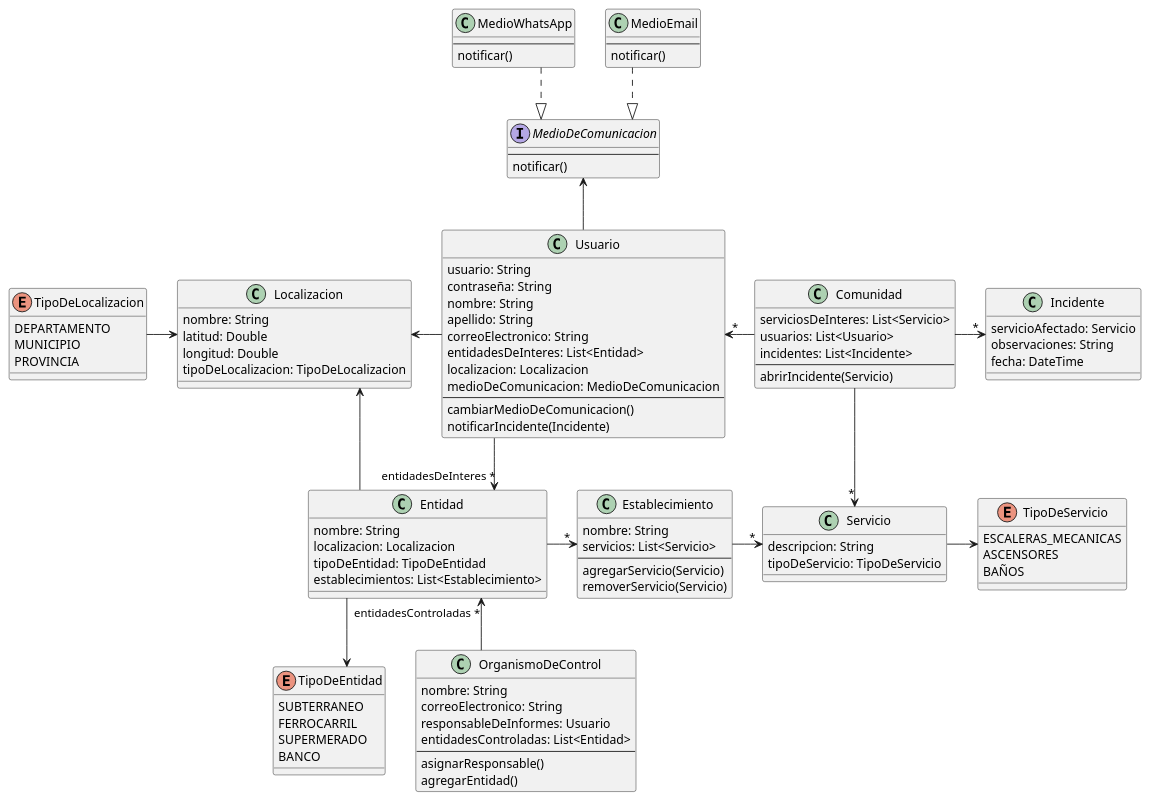
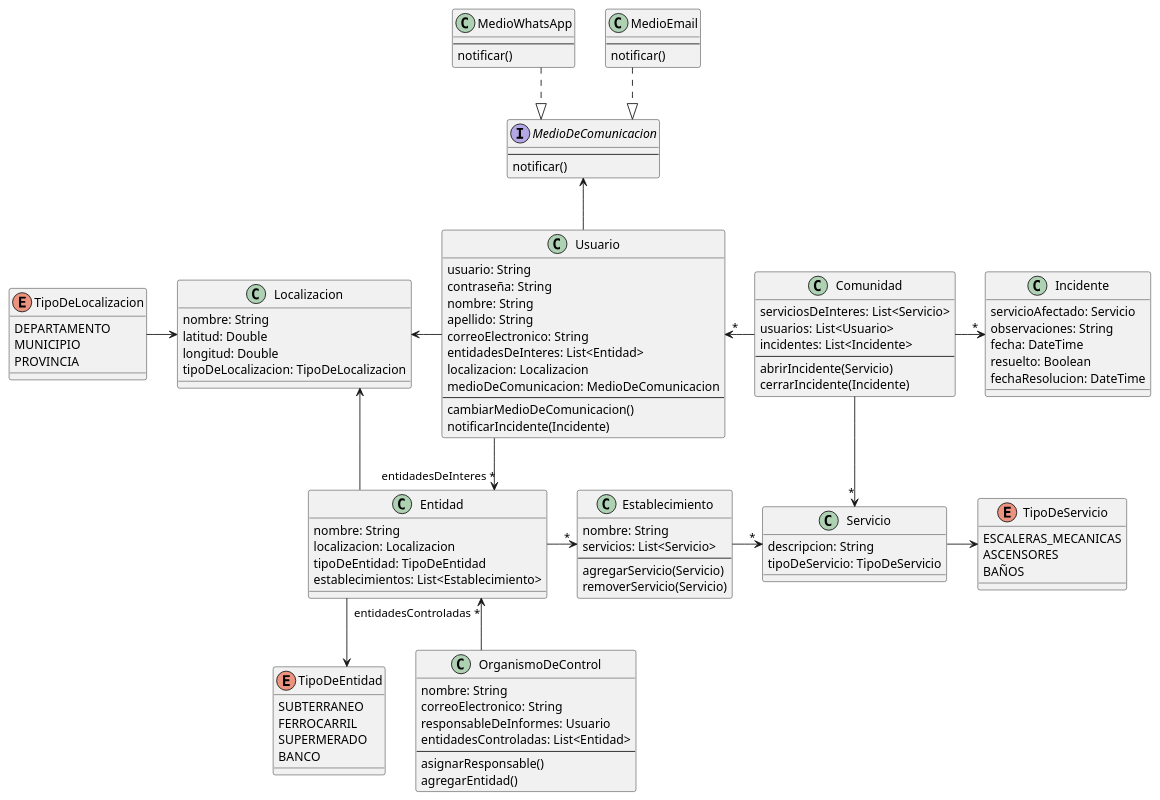
Before and after one commit to ValenAquino/tp-dds-2023: the diagram in docs/entrega-3/clases_mm.puml, drawn with PlantUML.

Commit message:
docs(clases_mm): cerrar incidente

```diff
--- a/docs/entrega-3/clases_mm.puml
+++ b/docs/entrega-3/clases_mm.puml
@@ -1,130 +1,139 @@
 @startuml TPA3-Clases
 skinparam linetype ortho
 
 ' Supermercado, Centro Comunal, Banco, ...
 class Entidad {
   nombre: String
   localizacion: Localizacion
   tipoDeEntidad: TipoDeEntidad
   establecimientos: List<Establecimiento>
 }
 
 ' Sucursal, Estacion, ...
 class Establecimiento {
   nombre: String
   servicios: List<Servicio>
   --
   agregarServicio(Servicio)
   removerServicio(Servicio)
 }
 
 class Servicio {
   descripcion: String
   tipoDeServicio: TipoDeServicio
 }
 
 enum TipoDeServicio {
   ESCALERAS_MECANICAS
   ASCENSORES
   BAÑOS
 }
 
 enum TipoDeEntidad {
   SUBTERRANEO
   FERROCARRIL
   SUPERMERADO
   BANCO
 }
 
 class Usuario {
   usuario: String
   contraseña: String
   nombre: String
   apellido: String
   correoElectronico: String
   entidadesDeInteres: List<Entidad>
   localizacion: Localizacion
   medioDeComunicacion: MedioDeComunicacion
   --
   cambiarMedioDeComunicacion()
   notificarIncidente(Incidente)
 }
 
 interface MedioDeComunicacion {
   --
   notificar()
 }
 class MedioWhatsApp {
   --
   notificar()
 }
 class MedioEmail {
   --
   notificar()
 }
 
 class Localizacion {
   nombre: String
   latitud: Double
   longitud: Double
   tipoDeLocalizacion: TipoDeLocalizacion
 }
 
 enum TipoDeLocalizacion {
   DEPARTAMENTO
   MUNICIPIO
   PROVINCIA
 }
 
 class OrganismoDeControl {
   nombre: String
   correoElectronico: String
   responsableDeInformes: Usuario
   entidadesControladas: List<Entidad>
   --
   asignarResponsable()
   agregarEntidad()
 }
 
 class Incidente {
   servicioAfectado: Servicio
   observaciones: String
   fecha: DateTime
+  resuelto: Boolean
+  fechaResolucion: DateTime
 }
 
 class Comunidad {
   serviciosDeInteres: List<Servicio>
   usuarios: List<Usuario>
   incidentes: List<Incidente>
   --
   abrirIncidente(Servicio)
+  cerrarIncidente(Incidente)
 }
 
 /'
 # Comunidad
 void abrirIncidente(Servicio servicio) {
   var incidente = new Incidente(servicio, "")
   incidentes.add(incidente)
   usuarios.forEach(u -> u.notificarIncidente(incidente))
+}
+
+void cerrarIncidente(Incidente incidente) {
+  var incidente = incidentes.find(i -> i.equals(incidente))
+  incidente.resuelto = true
+  incidente.fechaResolucion = getDate()
 }
 '/
 
 
 Entidad ->"*" Establecimiento
 Entidad --> TipoDeEntidad
 Establecimiento ->"*" Servicio
 Servicio -> TipoDeServicio
 Usuario -->"entidadesDeInteres *" Entidad
 Localizacion <- Usuario
 Localizacion <- Entidad
 TipoDeLocalizacion -> Localizacion
 Entidad "entidadesControladas *"<-- OrganismoDeControl
 Comunidad -->"*" Servicio
 Usuario "*"<- Comunidad
 Comunidad ->"*" Incidente
 Usuario -up-> MedioDeComunicacion
 MedioWhatsApp ..|> MedioDeComunicacion
 MedioEmail ..|> MedioDeComunicacion
 
 
 @enduml
```
